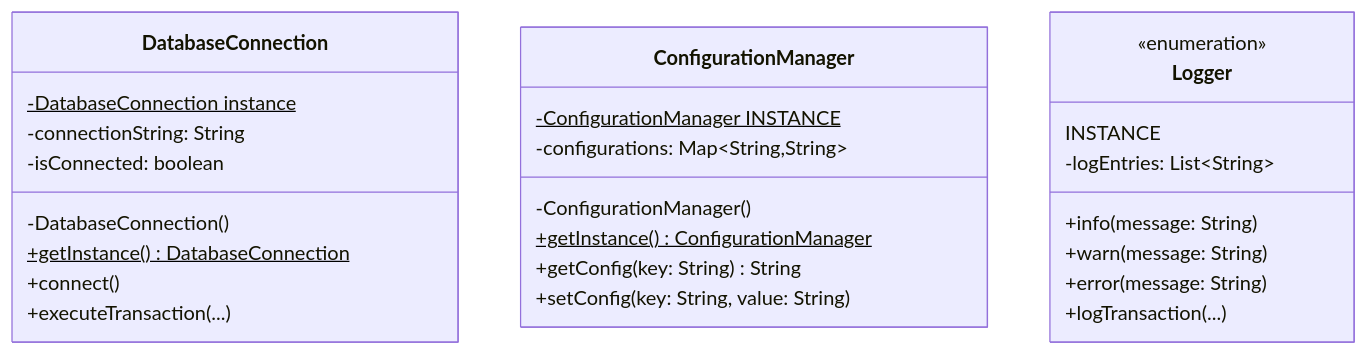
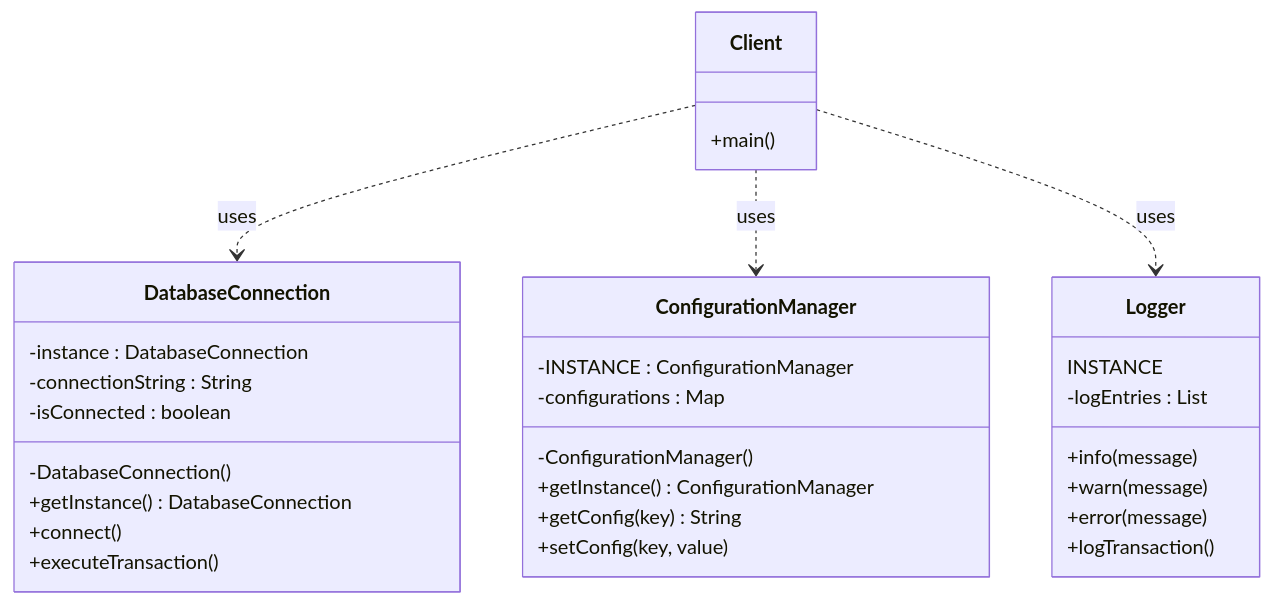
Before and after one commit to uttams237/oopsAndLLD: the diagram in design-patterns/creational/singleton/README.md, drawn with Mermaid. The commit also changed 5 other files, not shown here.

Commit message:
Simplify all Mermaid diagrams for GitHub compatibility

````diff
--- a/design-patterns/creational/singleton/README.md
+++ b/design-patterns/creational/singleton/README.md
@@ -60,31 +60,38 @@
 ```mermaid
 classDiagram
     class DatabaseConnection {
-        -DatabaseConnection instance$
-        -connectionString: String
-        -isConnected: boolean
+        -instance : DatabaseConnection
+        -connectionString : String
+        -isConnected : boolean
         -DatabaseConnection()
-        +getInstance() DatabaseConnection$
+        +getInstance() DatabaseConnection
         +connect()
-        +executeTransaction(...)
+        +executeTransaction()
     }
     
     class ConfigurationManager {
-        -ConfigurationManager INSTANCE$
-        -configurations: Map~String,String~
+        -INSTANCE : ConfigurationManager
+        -configurations : Map
         -ConfigurationManager()
-        +getInstance() ConfigurationManager$
-        +getConfig(key: String) String
-        +setConfig(key: String, value: String)
+        +getInstance() ConfigurationManager
+        +getConfig(key) String
+        +setConfig(key, value)
     }
     
     class Logger {
-        <<enumeration>>
         INSTANCE
-        -logEntries: List~String~
-        +info(message: String)
-        +warn(message: String)
-        +error(message: String)
-        +logTransaction(...)
+        -logEntries : List
+        +info(message)
+        +warn(message)
+        +error(message)
+        +logTransaction()
     }
+    
+    class Client {
+        +main()
+    }
+    
+    Client ..> DatabaseConnection : uses
+    Client ..> ConfigurationManager : uses
+    Client ..> Logger : uses
 ```
````
